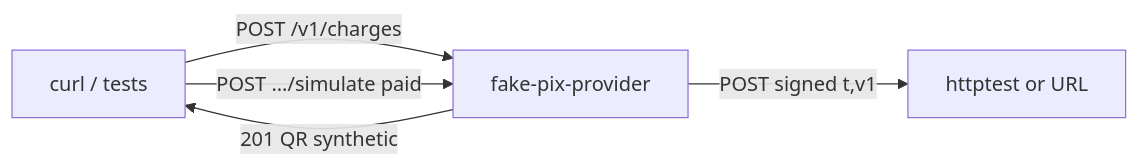
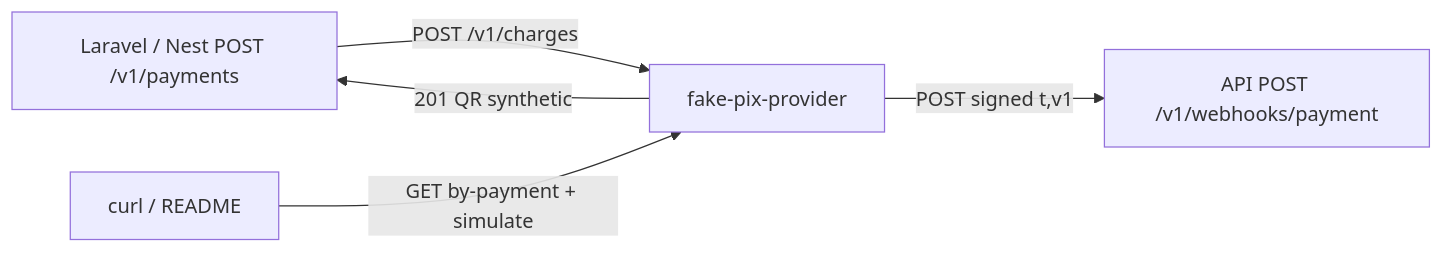
The diagram in README.md (MatGoncal/fake-pix-provider), drawn with Mermaid before and after one commit. The commit also changed other lines of this file and 7 other files, not shown here.

First line of the commit message:
Add charge lookup by wallet payment_id.

````diff
--- a/README.md
+++ b/README.md
@@ -15,7 +15,7 @@
 ```mermaid
 flowchart LR
-  Client["curl / tests"] -->|"POST /v1/charges"| Go["fake-pix-provider"]
-  Go -->|"201 QR synthetic"| Client
-  Client -->|"POST .../simulate paid"| Go
-  Go -->|"POST signed t,v1"| Callback["httptest or URL"]
+  Wallet["Laravel / Nest POST /v1/payments"] -->|"POST /v1/charges"| Go["fake-pix-provider"]
+  Go -->|"201 QR synthetic"| Wallet
+  Demo["curl / README"] -->|"GET by-payment + simulate"| Go
+  Go -->|"POST signed t,v1"| Callback["API POST /v1/webhooks/payment"]
 ```
````
